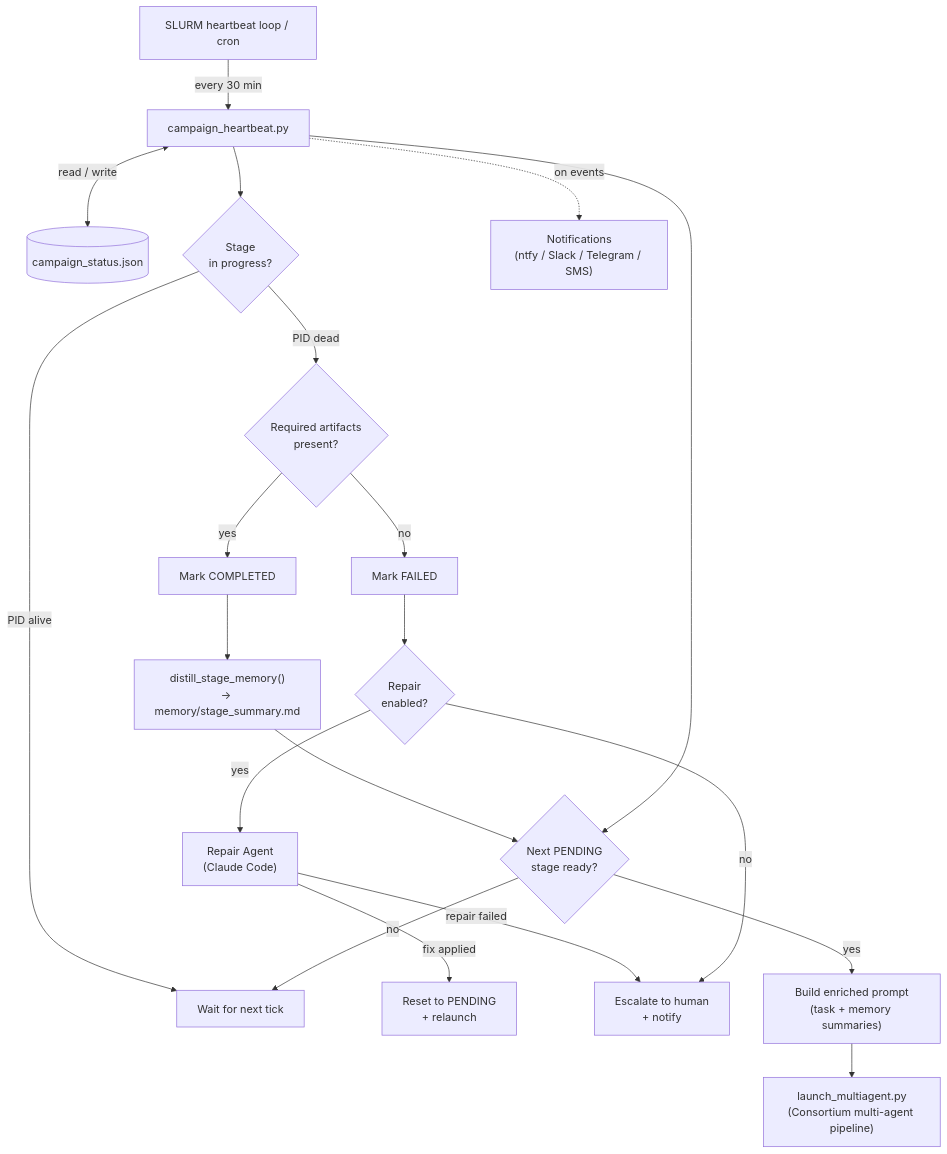
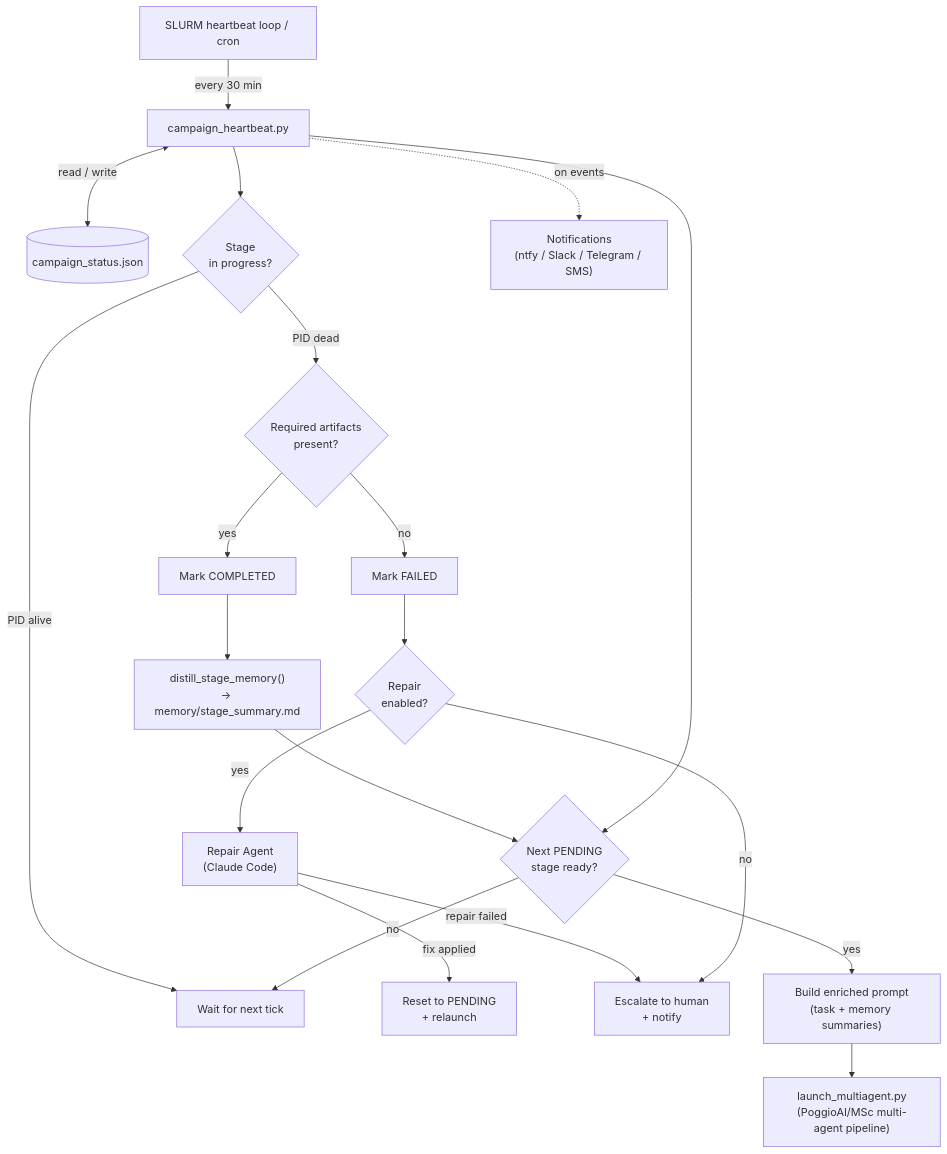
One commit to andreb999999/pAI-physics changed the second of 5 diagrams in README.md. Above: the diagram before and after it, drawn with Mermaid. The commit also changed other lines of this file, not shown here.

````diff
--- a/README.md
+++ b/README.md
@@ -614,27 +629,27 @@
 ```mermaid
 flowchart TD
     scheduler["SLURM heartbeat loop / cron"] -->|"every 30 min"| heartbeat["campaign_heartbeat.py"]
     heartbeat <-->|"read / write"| statusFile[("campaign_status.json")]
 
     heartbeat --> checkStage{"Stage\nin progress?"}
     checkStage -->|"PID alive"| wait["Wait for next tick"]
     checkStage -->|"PID dead"| checkArtifacts{"Required artifacts\npresent?"}
 
     checkArtifacts -->|"yes"| markComplete["Mark COMPLETED"]
     markComplete --> distill["distill_stage_memory()\n→ memory/stage_summary.md"]
     distill --> launchNext
 
     checkArtifacts -->|"no"| markFailed["Mark FAILED"]
     markFailed --> repairCheck{"Repair\nenabled?"}
     repairCheck -->|"yes"| repair["Repair Agent\n(Claude Code)"]
     repair -->|"fix applied"| relaunch["Reset to PENDING\n+ relaunch"]
     repair -->|"repair failed"| escalate["Escalate to human\n+ notify"]
     repairCheck -->|"no"| escalate
 
     heartbeat --> launchNext{"Next PENDING\nstage ready?"}
     launchNext -->|"yes"| buildPrompt["Build enriched prompt\n(task + memory summaries)"]
-    buildPrompt --> launch["launch_multiagent.py\n(Consortium multi-agent pipeline)"]
+    buildPrompt --> launch["launch_multiagent.py\n(PoggioAI/MSc multi-agent pipeline)"]
     launchNext -->|"no"| wait
 
     heartbeat -.->|"on events"| notify["Notifications\n(ntfy / Slack / Telegram / SMS)"]
 ```
````
